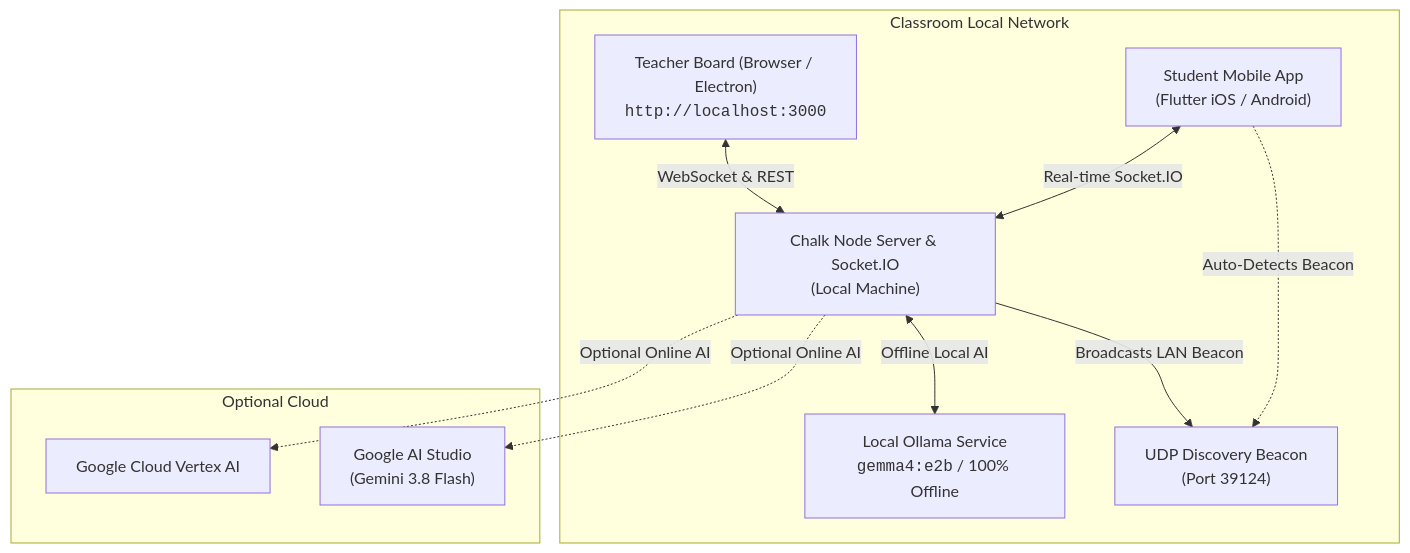
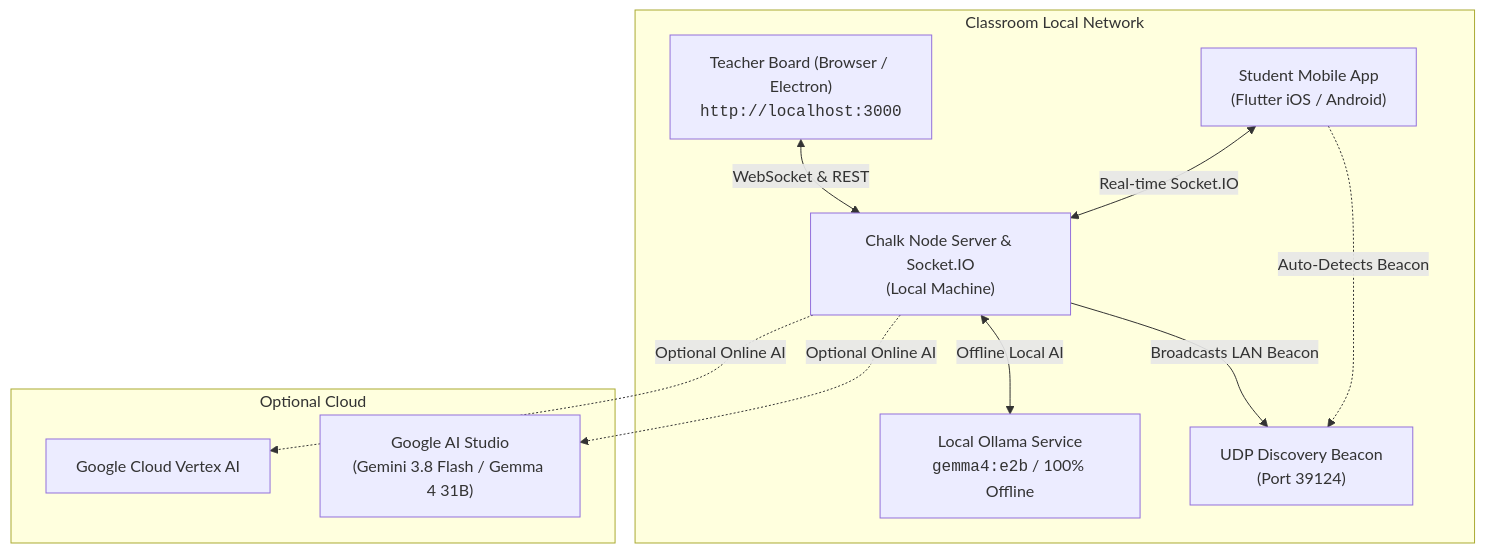
The diagram in README.md (DevRanbir/Chalk), drawn with Mermaid before and after one commit. The commit also changed other lines of this file, not shown here.

Commit message:
docs: detail Gemma 4 capabilities and unique classroom value proposition

````diff
--- a/README.md
+++ b/README.md
@@ -216,23 +295,23 @@
 ```mermaid
 graph TD
     subgraph Classroom Local Network
         TeacherBrowser["Teacher Board (Browser / Electron)<br/><code>http://localhost:3000</code>"]
         Server["Chalk Node Server & Socket.IO<br/>(Local Machine)"]
         UDP["UDP Discovery Beacon<br/>(Port 39124)"]
         StudentApp["Student Mobile App<br/>(Flutter iOS / Android)"]
         Ollama["Local Ollama Service<br/><code>gemma4:e2b</code> / 100% Offline"]
     end
 
     subgraph Optional Cloud
-        GeminiCloud["Google AI Studio<br/>(Gemini 3.8 Flash)"]
+        GeminiCloud["Google AI Studio<br/>(Gemini 3.8 Flash / Gemma 4 31B)"]
         VertexCloud["Google Cloud Vertex AI"]
     end
 
     TeacherBrowser <-->|WebSocket & REST| Server
     Server -->|Broadcasts LAN Beacon| UDP
     StudentApp -.->|Auto-Detects Beacon| UDP
     StudentApp <-->|Real-time Socket.IO| Server
     Server <-->|Offline Local AI| Ollama
     Server -.->|Optional Online AI| GeminiCloud
     Server -.->|Optional Online AI| VertexCloud
 ```
````
